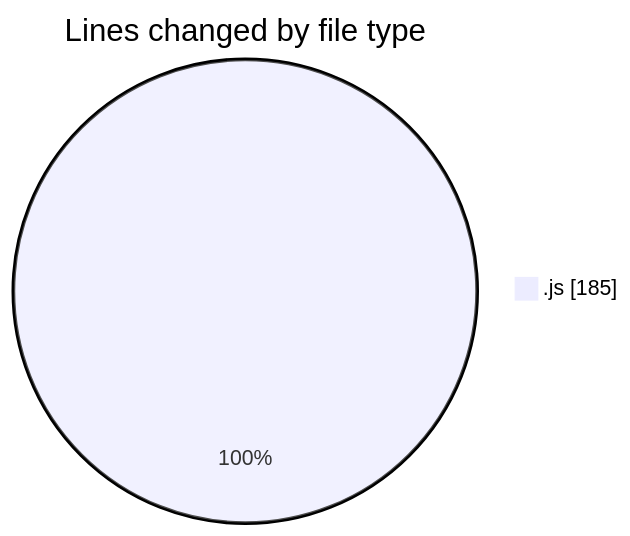
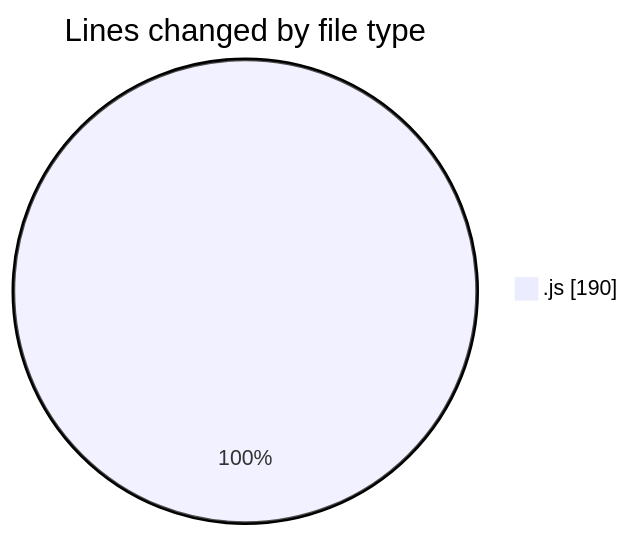
One commit to nxtqubesakshisongat/code-tracking changed the first of 2 diagrams in 2025-06-20/nxtqube_webapp/README.md. Above: the diagram before and after it, drawn with Mermaid. The commit also changed other lines of this file and 1 other file, not shown here.

````diff
--- a/2025-06-20/nxtqube_webapp/README.md
+++ b/2025-06-20/nxtqube_webapp/README.md
@@ -21,5 +21,5 @@
 ```mermaid
 pie showData
 title Lines changed by file type
-".js" : 185
+".js" : 190
 ```
````
